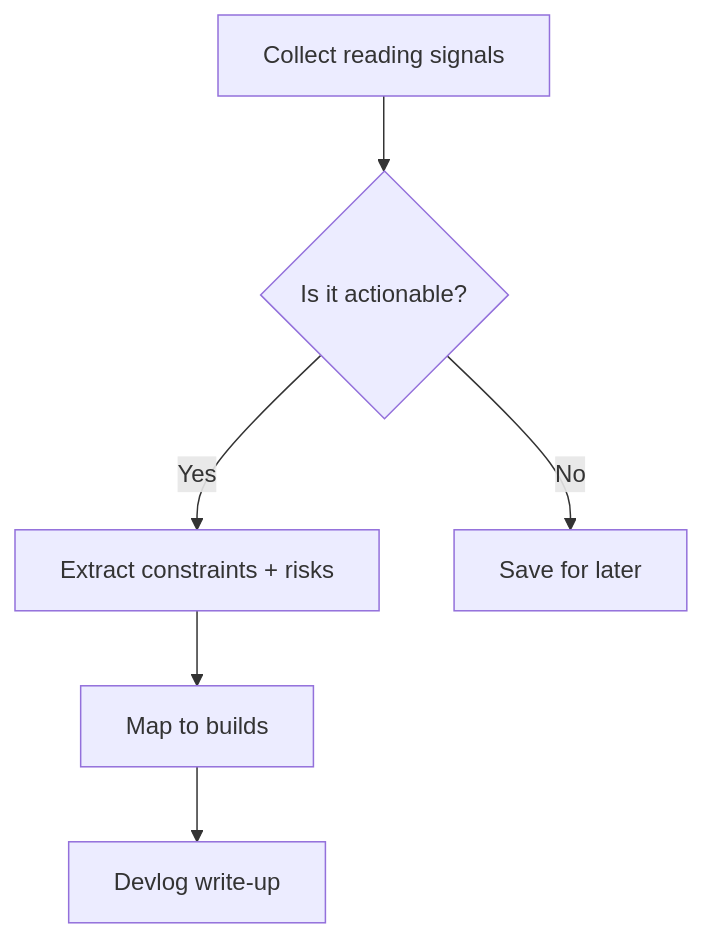
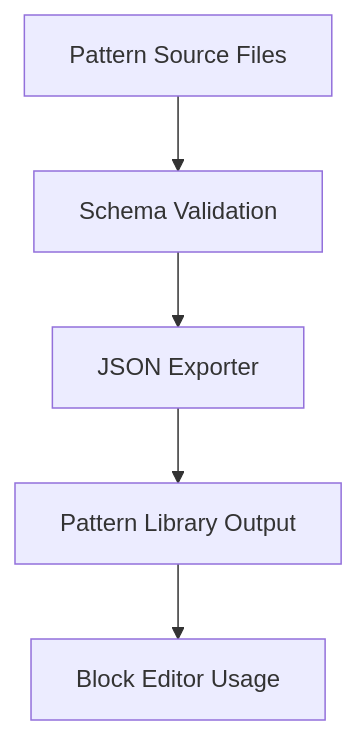
The diagram in blog/2026-02-05-devlog.md (victorstack-ai/agent-blog), drawn with Mermaid before and after one commit. The commit also changed other lines of this file, not shown here.

````diff
--- a/blog/2026-02-05-devlog.md
+++ b/blog/2026-02-05-devlog.md
@@ -26,8 +26,7 @@
 ```mermaid
 graph TD;
-  A[Collect reading signals] --> B{Is it actionable?};
-  B -- Yes --> C[Extract constraints + risks];
-  B -- No --> D[Save for later];
-  C --> E[Map to builds];
-  E --> F[Devlog write-up];
+  A[Pattern Source Files] --> B[Schema Validation];
+  B --> C[JSON Exporter];
+  C --> D[Pattern Library Output];
+  D --> E[Block Editor Usage];
 ```
````
